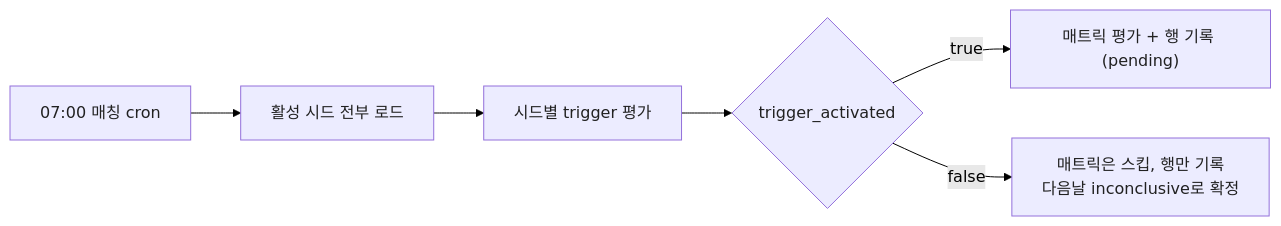
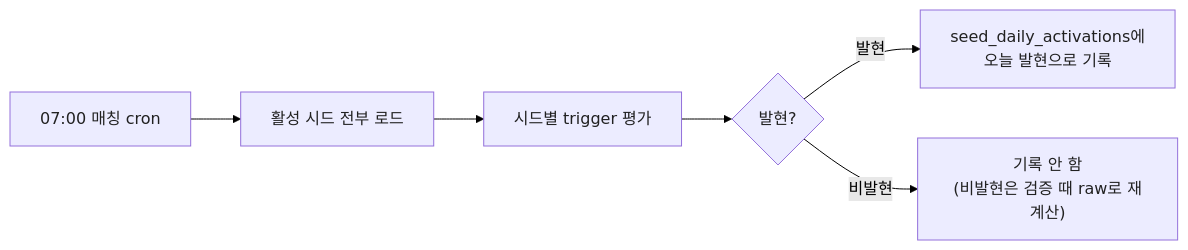
One commit to hyewon3938/slack-ai-agents changed the fourth of 8 diagrams in docs/explainers/insight-v2.md. Above: the diagram before and after it, drawn with Mermaid (forest theme). The commit also changed other lines of this file, not shown here.

````diff
--- a/docs/explainers/insight-v2.md
+++ b/docs/explainers/insight-v2.md
@@ -236,11 +234,11 @@
 ```mermaid
 flowchart LR
   A["07:00 매칭 cron"] --> B["활성 시드 전부 로드"]
   B --> C["시드별 trigger 평가"]
-  C --> D{"trigger_activated"}
-  D -->|true| E["매트릭 평가 + 행 기록 (pending)"]
-  D -->|false| F["매트릭은 스킵, 행만 기록<br/>다음날 inconclusive로 확정"]
+  C --> D{"발현?"}
+  D -->|발현| E["seed_daily_activations에<br/>오늘 발현으로 기록"]
+  D -->|비발현| F["기록 안 함<br/>(비발현은 검증 때 raw로 재계산)"]
 
   classDef flowBox fill:#ECECFF,stroke:#9370DB,color:#212121
   class A,B,C,D,E,F flowBox
 ```
````
